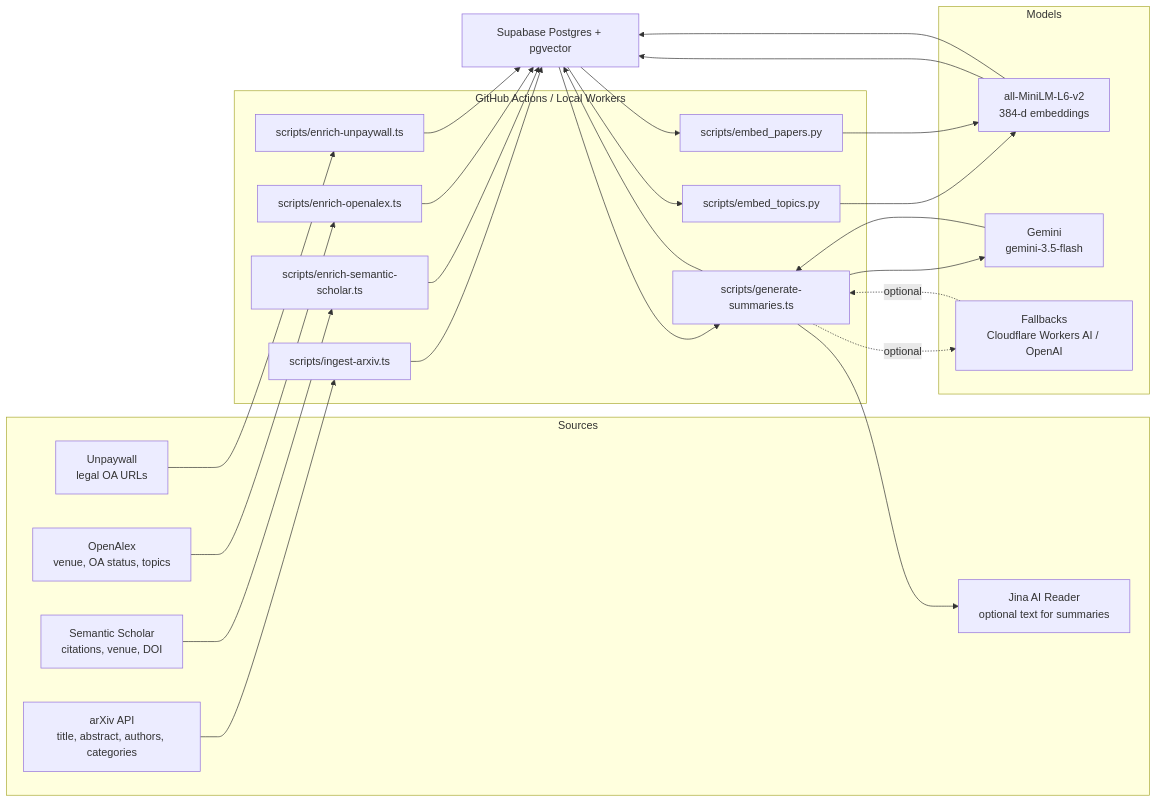
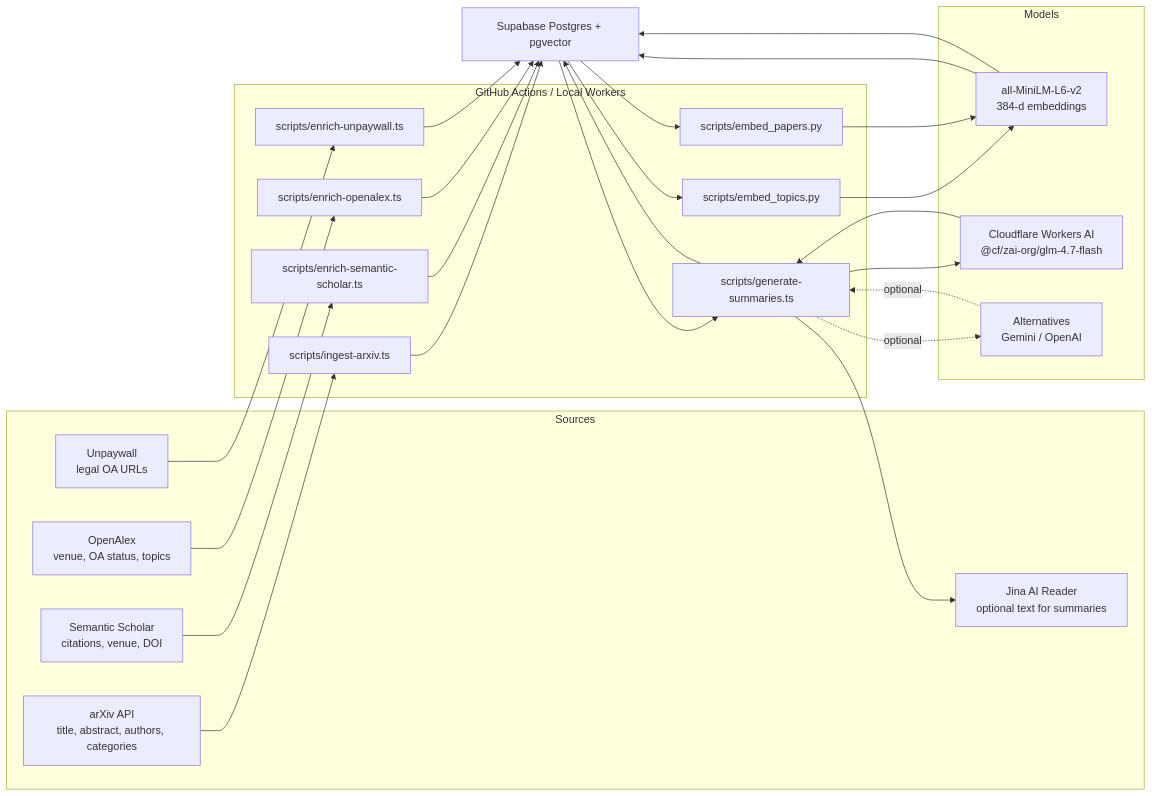
The third of 6 diagrams in docs/architecture.md (Mik1810/PaperDeck), drawn with Mermaid before and after one commit. The commit also changed other lines of this file and 8 other files, not shown here.

````diff
--- a/docs/architecture.md
+++ b/docs/architecture.md
@@ -140,44 +140,44 @@
 ```mermaid
 flowchart LR
   subgraph Sources
     arxiv["arXiv API<br/>title, abstract, authors, categories"]
     s2["Semantic Scholar<br/>citations, venue, DOI"]
     openalex["OpenAlex<br/>venue, OA status, topics"]
     unpaywall["Unpaywall<br/>legal OA URLs"]
     jina["Jina AI Reader<br/>optional text for summaries"]
   end
 
   subgraph Workers["GitHub Actions / Local Workers"]
     ingest["scripts/ingest-arxiv.ts"]
     enrichS2["scripts/enrich-semantic-scholar.ts"]
     enrichOpenAlex["scripts/enrich-openalex.ts"]
     enrichUnpaywall["scripts/enrich-unpaywall.ts"]
     embedTopics["scripts/embed_topics.py"]
     embedPapers["scripts/embed_papers.py"]
     summarize["scripts/generate-summaries.ts"]
   end
 
   subgraph Models
     minilm["all-MiniLM-L6-v2<br/>384-d embeddings"]
-    geminiFlash["Gemini<br/>gemini-3.5-flash"]
-    fallbackModels["Fallbacks<br/>Cloudflare Workers AI / OpenAI"]
+    cloudflareModel["Cloudflare Workers AI<br/>@cf/zai-org/glm-4.7-flash"]
+    alternativeModels["Alternatives<br/>Gemini / OpenAI"]
   end
 
   db["Supabase Postgres + pgvector"]
 
   arxiv --> ingest --> db
   s2 --> enrichS2 --> db
   openalex --> enrichOpenAlex --> db
   unpaywall --> enrichUnpaywall --> db
   db --> embedTopics
   db --> embedPapers
   embedTopics --> minilm --> db
   embedPapers --> minilm --> db
   db --> summarize
   summarize --> jina
-  summarize --> geminiFlash
-  summarize -. optional .-> fallbackModels
-  geminiFlash --> summarize
-  fallbackModels -. optional .-> summarize
+  summarize --> cloudflareModel
+  summarize -. optional .-> alternativeModels
+  cloudflareModel --> summarize
+  alternativeModels -. optional .-> summarize
   summarize --> db
 ```
````
